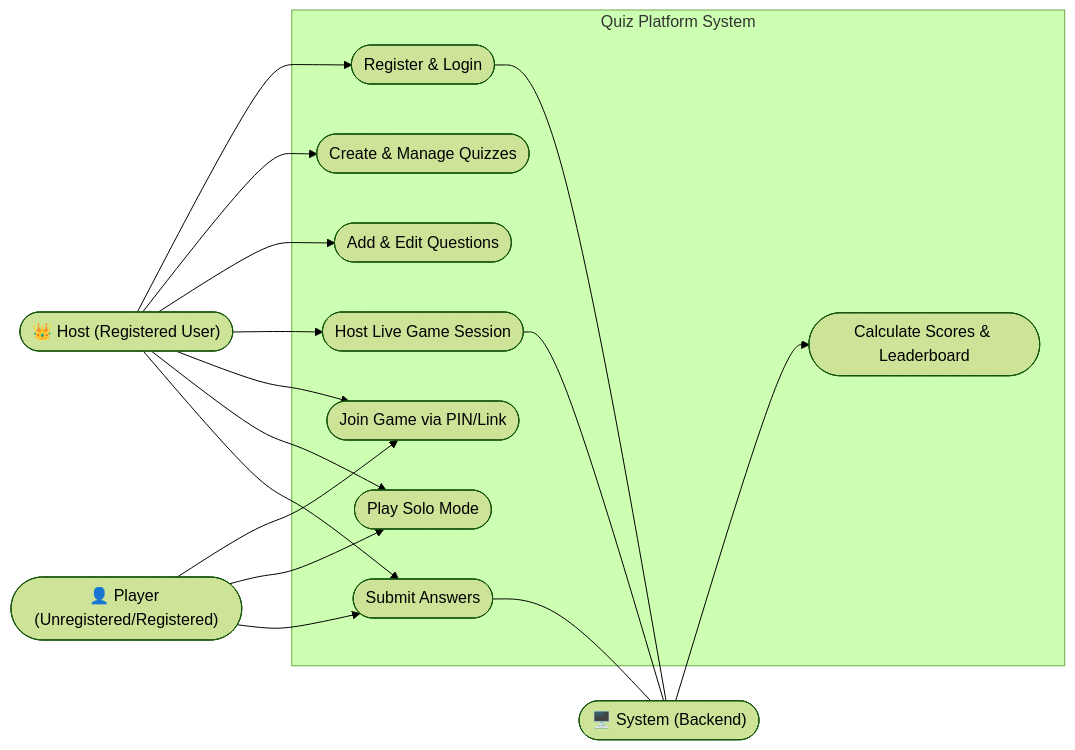
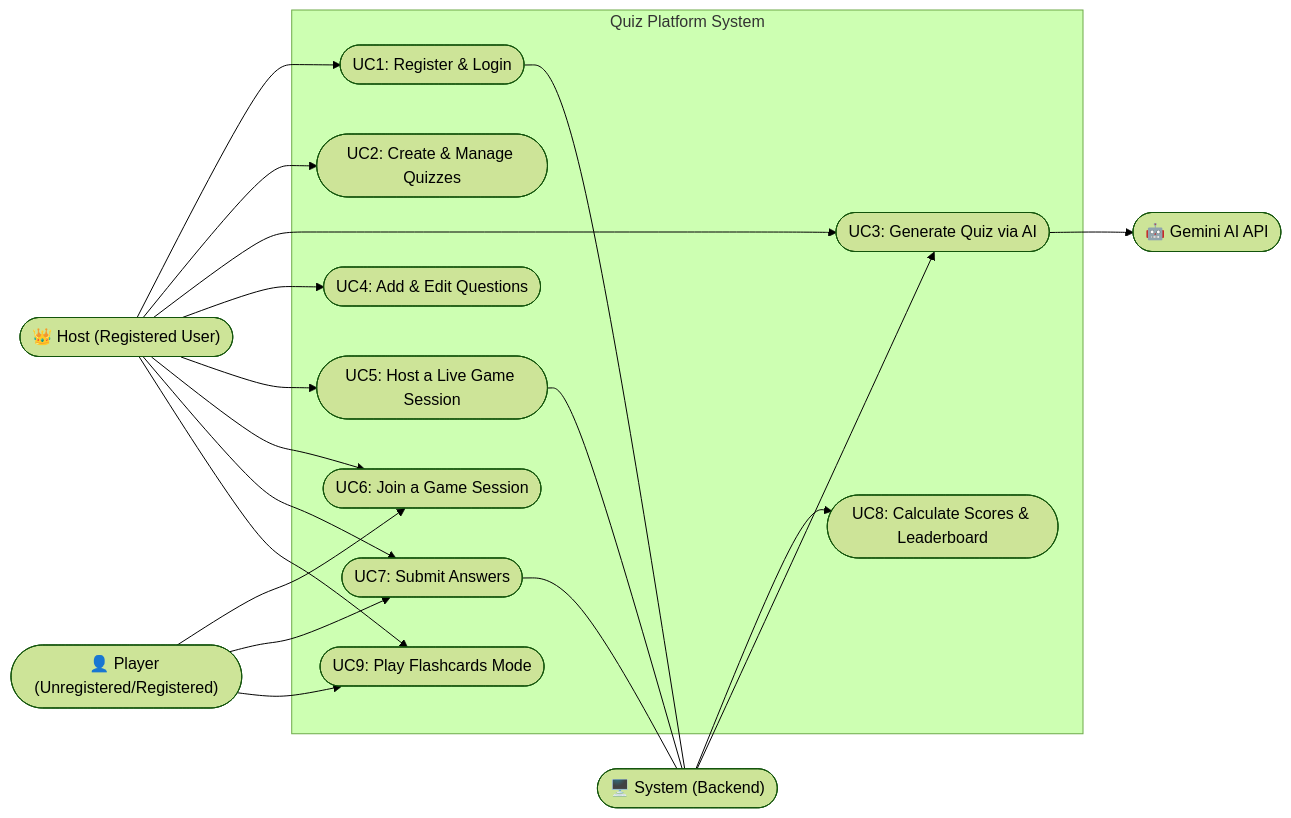
Before and after one commit to EnovWayoi/CSIS3126_Wayoi: the first of 2 diagrams in docs/Software_Design_UML.md, drawn with Mermaid (forest theme). The commit also changed other lines of this file, not shown here.

Commit message:
Update Software Design UML use case scenario descriptions

````diff
--- a/docs/Software_Design_UML.md
+++ b/docs/Software_Design_UML.md
@@ -7,39 +7,44 @@
 ```mermaid
 flowchart LR
     %% Actors
     Player(["👤 Player (Unregistered/Registered)"])
     Host(["👑 Host (Registered User)"])
     System(["🖥️ System (Backend)"])
+    AI(["🤖 Gemini AI API"])
 
     %% System Boundary
     subgraph Quiz Platform System
-        UC1([Register & Login])
-        UC2([Create & Manage Quizzes])
-        UC3([Add & Edit Questions])
-        UC4([Host Live Game Session])
-        UC5([Join Game via PIN/Link])
-        UC6([Play Solo Mode])
-        UC7([Submit Answers])
-        UC8([Calculate Scores & Leaderboard])
+        UC1([UC1: Register & Login])
+        UC2([UC2: Create & Manage Quizzes])
+        UC3([UC3: Generate Quiz via AI])
+        UC4([UC4: Add & Edit Questions])
+        UC5([UC5: Host a Live Game Session])
+        UC6([UC6: Join a Game Session])
+        UC7([UC7: Submit Answers])
+        UC8([UC8: Calculate Scores & Leaderboard])
+        UC9([UC9: Play Flashcards Mode])
     end
 
     %% Relationships - Player
-    Player --> UC5
     Player --> UC6
     Player --> UC7
+    Player --> UC9
 
     %% Relationships - Host
     Host --> UC1
     Host --> UC2
     Host --> UC3
     Host --> UC4
     Host --> UC5
     Host --> UC6
     Host --> UC7
+    Host --> UC9
 
     %% Relationships - System
     UC1 --- System
-    UC4 --- System
+    UC5 --- System
     UC7 --- System
     System --> UC8
+    System --> UC3
+    UC3 --> AI
 ```
````
